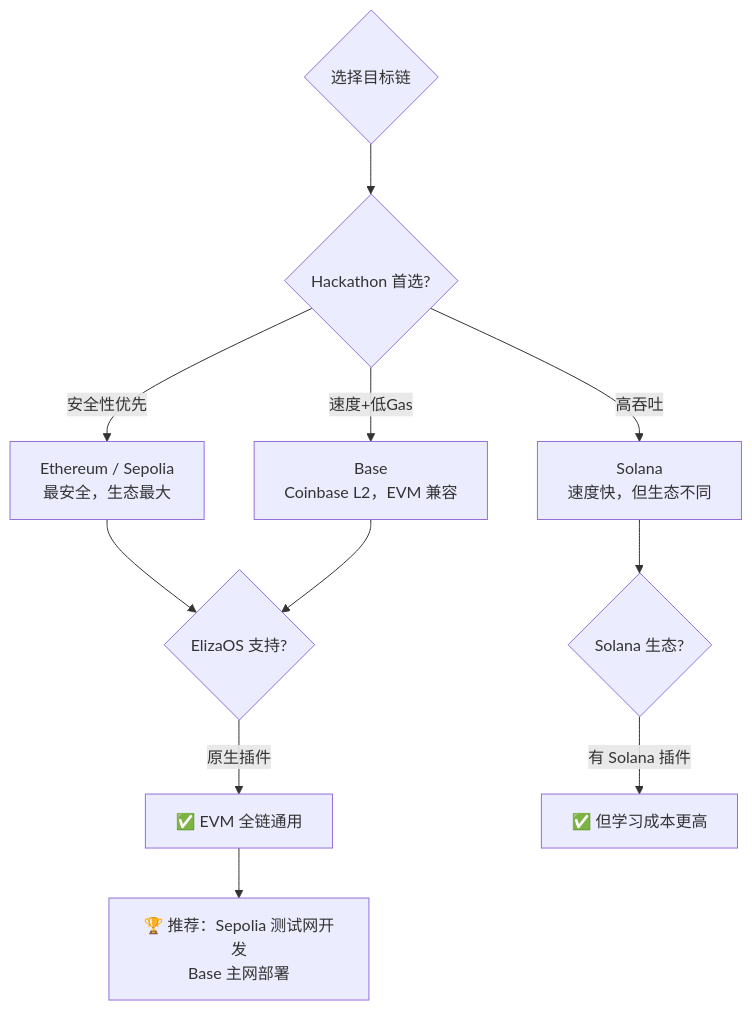
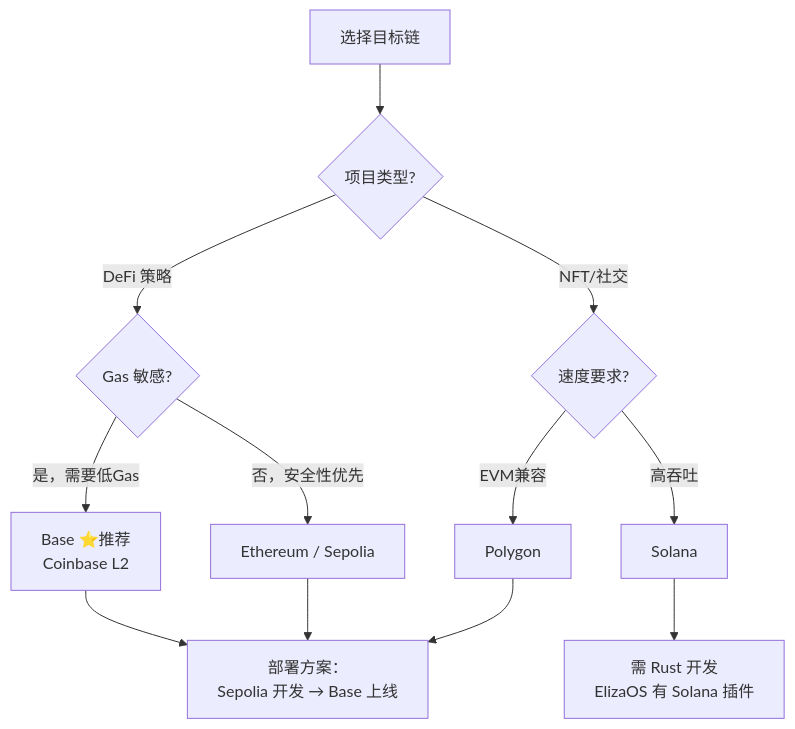
The fifth of 8 diagrams in daily/2026-05-31-tech-stack-decision.md (Silence-dream/ai-web3-school-cohort-0), drawn with Mermaid before and after one commit. The commit also changed other lines of this file, not shown here.

````diff
--- a/daily/2026-05-31-tech-stack-decision.md
+++ b/daily/2026-05-31-tech-stack-decision.md
@@ -104,17 +595,18 @@
 ```mermaid
 flowchart TD
-    Start{选择目标链} --> Q1{Hackathon 首选?}
+    Start["选择目标链"] --> Q1{"项目类型?"}
 
-    Q1 -->|安全性优先| ETH["Ethereum / Sepolia<br/>最安全，生态最大"]
-    Q1 -->|速度+低Gas| Base["Base<br/>Coinbase L2，EVM 兼容"]
-    Q1 -->|高吞吐| Solana["Solana<br/>速度快，但生态不同"]
+    Q1 -->|"DeFi 策略"| Q2{"Gas 敏感?"}
+    Q1 -->|"NFT/社交"| Q3{"速度要求?"}
 
-    ETH --> Q2{ElizaOS 支持?}
-    Base --> Q2
-    Solana --> Q3{Solana 生态?}
+    Q2 -->|"是，需要低Gas"| Base["Base ⭐推荐<br/>Coinbase L2"]
+    Q2 -->|"否，安全性优先"| ETH["Ethereum / Sepolia"]
 
-    Q2 -->|原生插件| EVM_OK["✅ EVM 全链通用"]
-    Q3 -->|有 Solana 插件| SOL_OK["✅ 但学习成本更高"]
+    Q3 -->|"高吞吐"| Solana["Solana"]
+    Q3 -->|"EVM兼容"| Polygon["Polygon"]
 
-    EVM_OK --> Final["🏆 推荐：Sepolia 测试网开发<br/>Base 主网部署"]
+    Base --> Deploy["部署方案：<br/>Sepolia 开发 → Base 上线"]
+    ETH --> Deploy
+    Solana --> SolDeploy["需 Rust 开发<br/>ElizaOS 有 Solana 插件"]
+    Polygon --> Deploy
 ```
````
